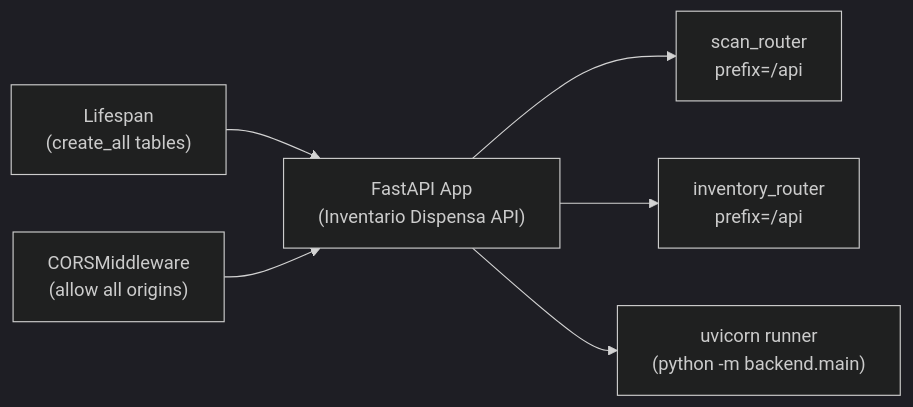
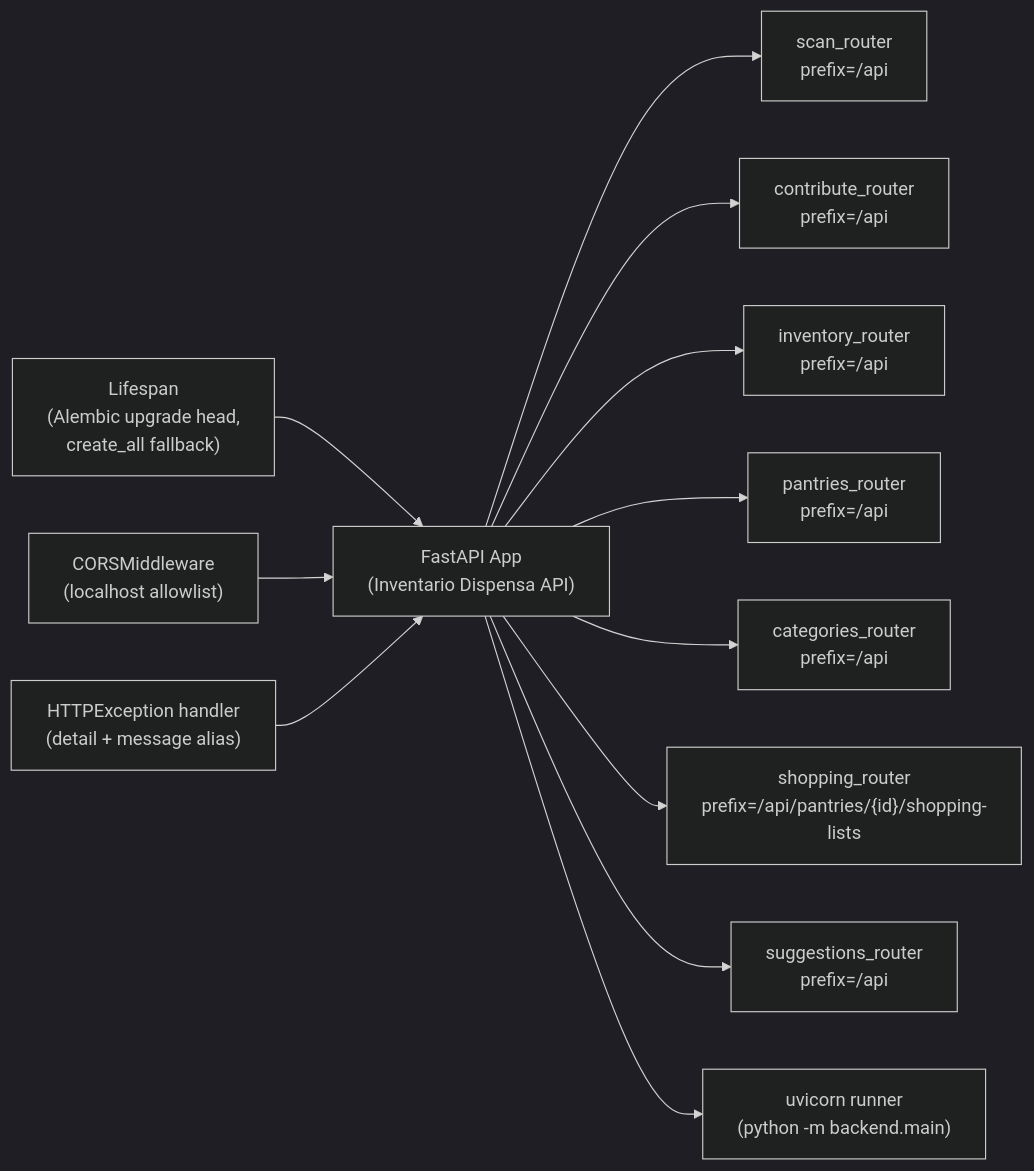
Before and after one commit to lorecanc/dispensapp: the diagram in wiki/modules/backend-api.md, drawn with Mermaid (dark theme). The commit also changed other lines of this file and 55 other files, not shown here.

````diff
--- a/wiki/modules/backend-api.md
+++ b/wiki/modules/backend-api.md
@@ -27,15 +27,26 @@
 ```mermaid
 graph LR
     App["FastAPI App<br/>(Inventario Dispensa API)"]
-    LS["Lifespan<br/>(create_all tables)"]
-    CORS["CORSMiddleware<br/>(allow all origins)"]
+    LS["Lifespan<br/>(Alembic upgrade head,<br/>create_all fallback)"]
+    CORS["CORSMiddleware<br/>(localhost allowlist)"]
+    ERR["HTTPException handler<br/>(detail + message alias)"]
     Scan["scan_router<br/>prefix=/api"]
+    Contrib["contribute_router<br/>prefix=/api"]
     Inventory["inventory_router<br/>prefix=/api"]
-    Uvicorn["uvicorn runner<br/>(python -m backend.main)"]
+    Pantries["pantries_router<br/>prefix=/api"]
+    Categ["categories_router<br/>prefix=/api"]
+    Shop["shopping_router<br/>prefix=/api/pantries/{id}/shopping-lists"]
+    Sugg["suggestions_router<br/>prefix=/api"]
 
     LS --> App
     CORS --> App
+    ERR --> App
     App --> Scan
+    App --> Contrib
     App --> Inventory
-    App --> Uvicorn
+    App --> Pantries
+    App --> Categ
+    App --> Shop
+    App --> Sugg
+    App --> Uvicorn["uvicorn runner<br/>(python -m backend.main)"]
 ```
````
